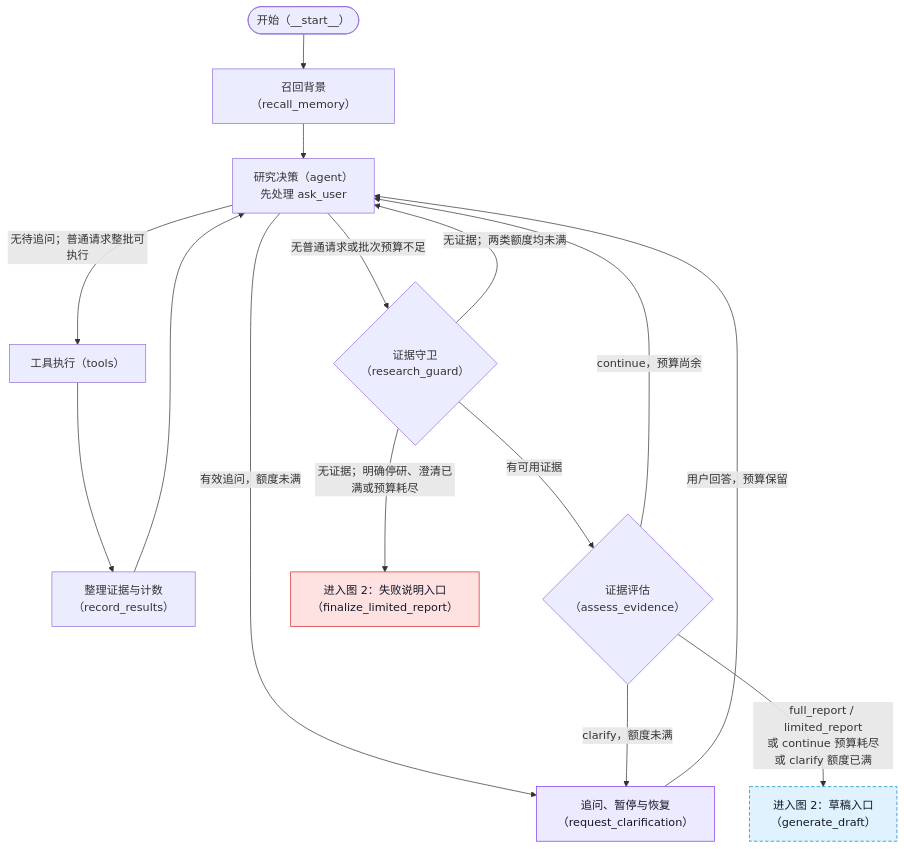
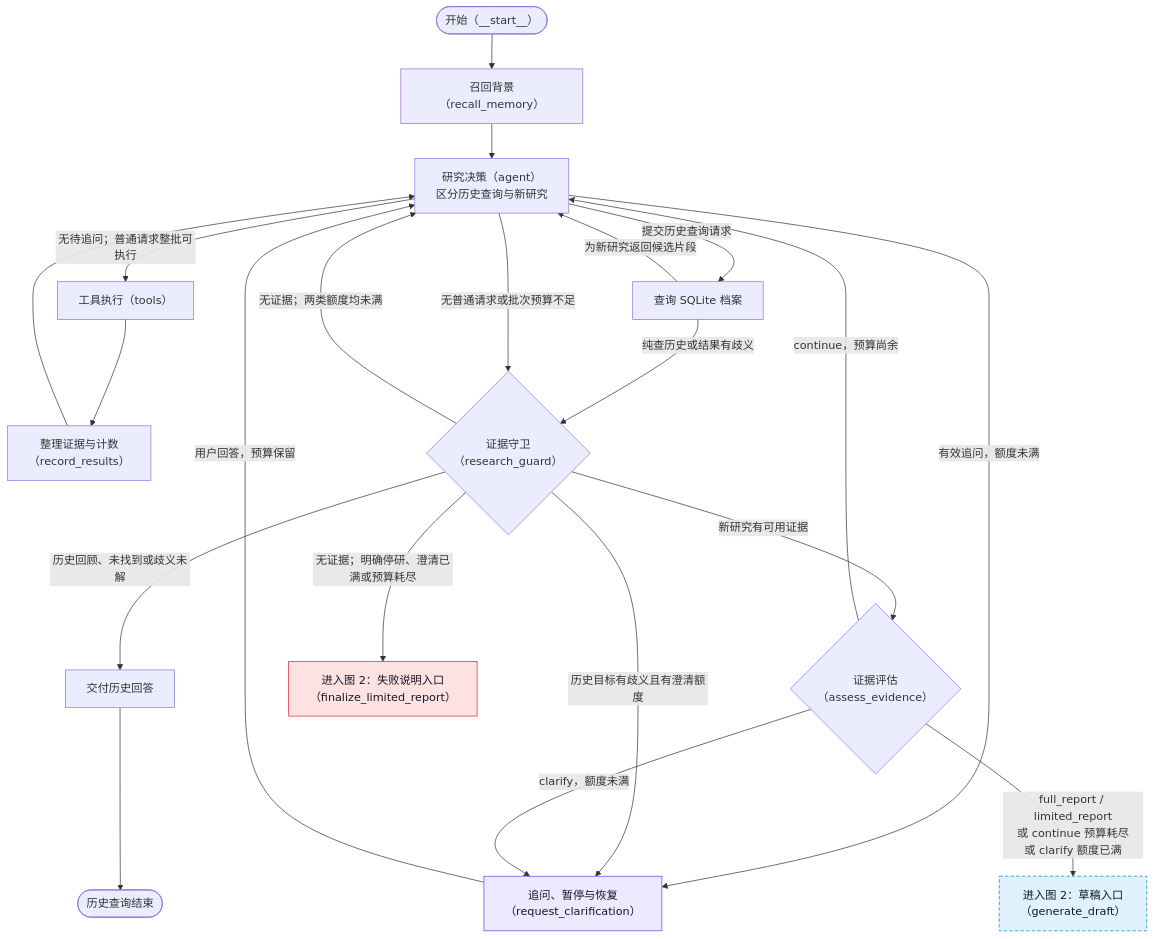
Before and after one commit to Kasensill/autonomous-atmospheric-research-agent: the first of 2 diagrams in README.md, drawn with Mermaid. The commit also changed other lines of this file and 19 other files, not shown here.

Commit message:
feat: resume research checkpoints and query archived evidence

````diff
--- a/README.md
+++ b/README.md
@@ -112,35 +112,44 @@
 ```mermaid
 flowchart TD
     __start__(["开始（__start__）"])
     recall_memory["召回背景（recall_memory）"]
-    agent["研究决策（agent）<br/>先处理 ask_user"]
+    agent["研究决策（agent）<br/>区分历史查询与新研究"]
+    lookup_history["查询 SQLite 档案"]
+    answer_history["交付历史回答"]
+    history_end(["历史查询结束"])
     tools["工具执行（tools）"]
     record_results["整理证据与计数<br/>（record_results）"]
     research_guard{"证据守卫<br/>（research_guard）"}
     assess_evidence{"证据评估<br/>（assess_evidence）"}
     request_clarification["追问、暂停与恢复<br/>（request_clarification）"]
     generate_draft["进入图 2：草稿入口<br/>（generate_draft）"]
     finalize_limited_report["进入图 2：失败说明入口<br/>（finalize_limited_report）"]
 
     __start__ --> recall_memory
     recall_memory --> agent
+    agent -->|"提交历史查询请求"| lookup_history
+    lookup_history -->|"纯查历史或结果有歧义"| research_guard
+    lookup_history -->|"为新研究返回候选片段"| agent
     agent -->|"有效追问，额度未满"| request_clarification
     agent -->|"无待追问；普通请求整批可执行"| tools
     agent -->|"无普通请求或批次预算不足"| research_guard
     tools --> record_results
     record_results --> agent
     request_clarification -->|"用户回答，预算保留"| agent
-    research_guard -->|"有可用证据"| assess_evidence
+    research_guard -->|"历史目标有歧义且有澄清额度"| request_clarification
+    research_guard -->|"历史回顾、未找到或歧义未解"| answer_history
+    answer_history --> history_end
+    research_guard -->|"新研究有可用证据"| assess_evidence
     research_guard -->|"无证据；明确停研、澄清已满或预算耗尽"| finalize_limited_report
     research_guard -->|"无证据；两类额度均未满"| agent
     assess_evidence -->|"clarify，额度未满"| request_clarification
     assess_evidence -->|"full_report / limited_report<br/>或 continue 预算耗尽<br/>或 clarify 额度已满"| generate_draft
     assess_evidence -->|"continue，预算尚余"| agent
 
     classDef interaction fill:#ede9fe,stroke:#7c3aed,color:#111827
     classDef handoff fill:#e0f2fe,stroke:#0284c7,stroke-dasharray:5 3,color:#111827
     classDef failure fill:#fee2e2,stroke:#dc2626,color:#111827
     class request_clarification interaction
     class generate_draft handoff
     class finalize_limited_report failure
 ```
````
